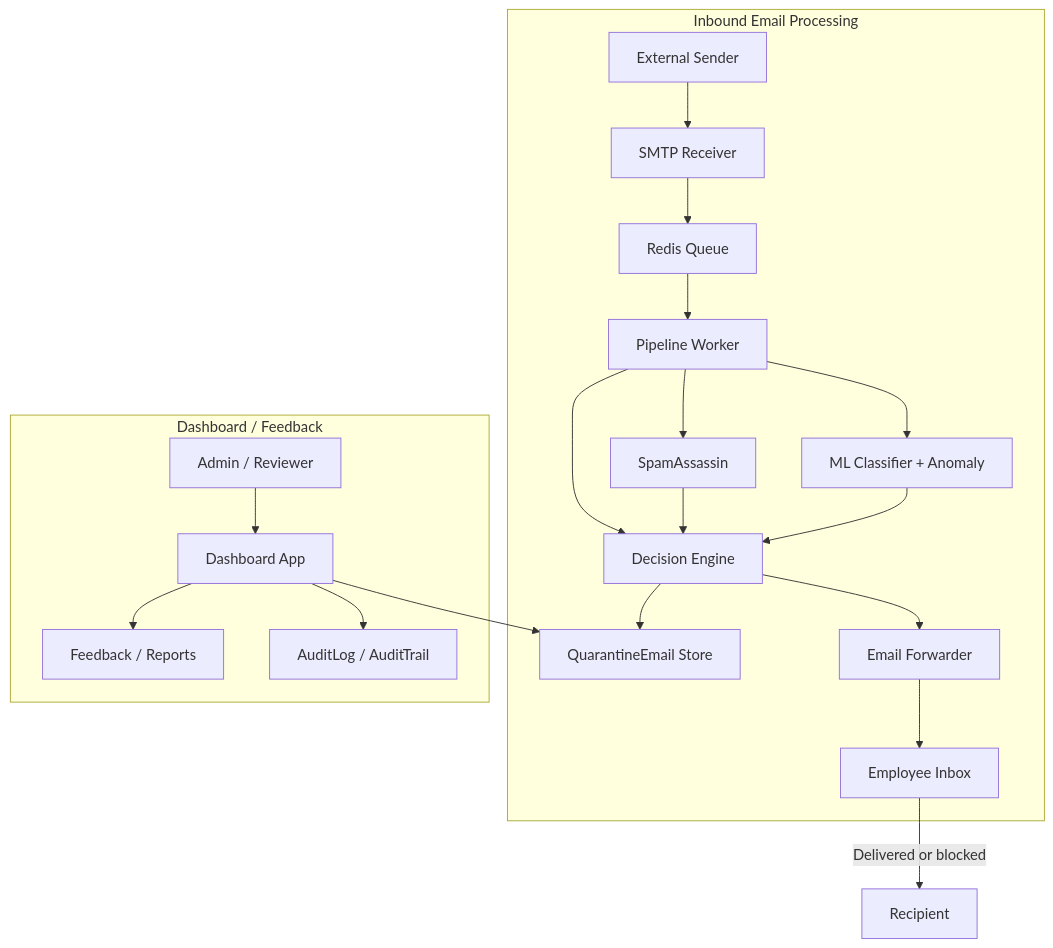
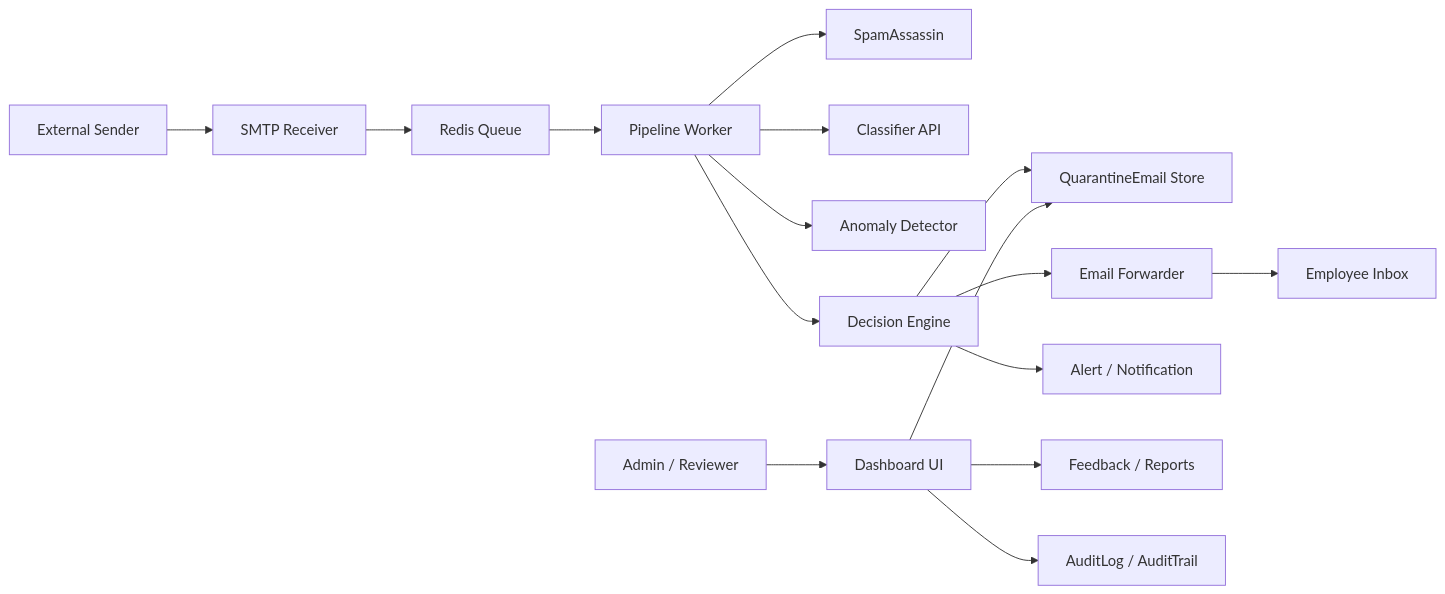
One commit to wi5nuu/ML-Powered-Anti-Phishing-and-Spam-Filtering changed the third of 5 diagrams in DATABASE_AND_PROCESS_FLOWS.md. Above: the diagram before and after it, drawn with Mermaid. The commit also changed other lines of this file, not shown here.

Commit message:
Refine database/process flow documentation and complete ERD/DFD details

````diff
--- a/DATABASE_AND_PROCESS_FLOWS.md
+++ b/DATABASE_AND_PROCESS_FLOWS.md
@@ -158,25 +199,21 @@
 ```mermaid
-flowchart TD
-    subgraph Inbound[Inbound Email Processing]
-        ES[External Sender] --> SMTP[SMTP Receiver]
-        SMTP --> REDIS[Redis Queue]
-        REDIS --> WORKER[Pipeline Worker]
-        WORKER --> SA[SpamAssassin]
-        WORKER --> ML[ML Classifier + Anomaly]
-        WORKER --> DE[Decision Engine]
-        DE --> DB[QuarantineEmail Store]
-        DE --> FORWARDER[Email Forwarder]
-        FORWARDER --> INBOX[Employee Inbox]
-    end
+flowchart LR
+    ES[External Sender] --> SMTP[SMTP Receiver]
+    SMTP --> REDIS[Redis Queue]
+    REDIS --> WORKER[Pipeline Worker]
 
-    subgraph Admin[Dashboard / Feedback]
-        User[Admin / Reviewer] --> UI[Dashboard App]
-        UI --> DB
-        UI --> FEEDBACK[Feedback / Reports]
-        UI --> AUDIT[AuditLog / AuditTrail]
-    end
+    WORKER --> SA[SpamAssassin]
+    WORKER --> ML[Classifier API]
+    WORKER --> ANOMALY[Anomaly Detector]
+    WORKER --> DE[Decision Engine]
 
-    SA --> DE
-    ML --> DE
-    INBOX -->|Delivered or blocked| Recipient
+    DE --> DB[QuarantineEmail Store]
+    DE --> FORWARDER[Email Forwarder]
+    FORWARDER --> INBOX[Employee Inbox]
+    DE --> ALERT[Alert / Notification]
+
+    USER[Admin / Reviewer] --> DASH[Dashboard UI]
+    DASH --> DB
+    DASH --> FEEDBACK[Feedback / Reports]
+    DASH --> AUDIT[AuditLog / AuditTrail]
 ```
````
